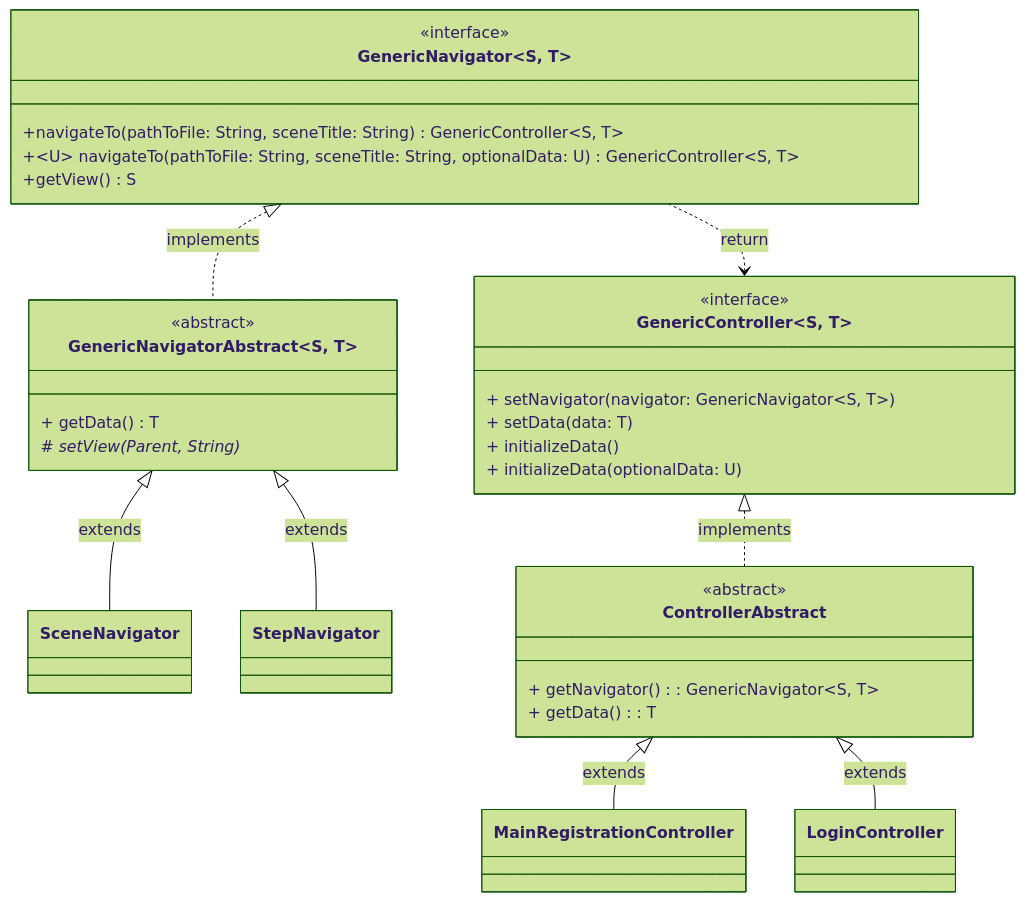
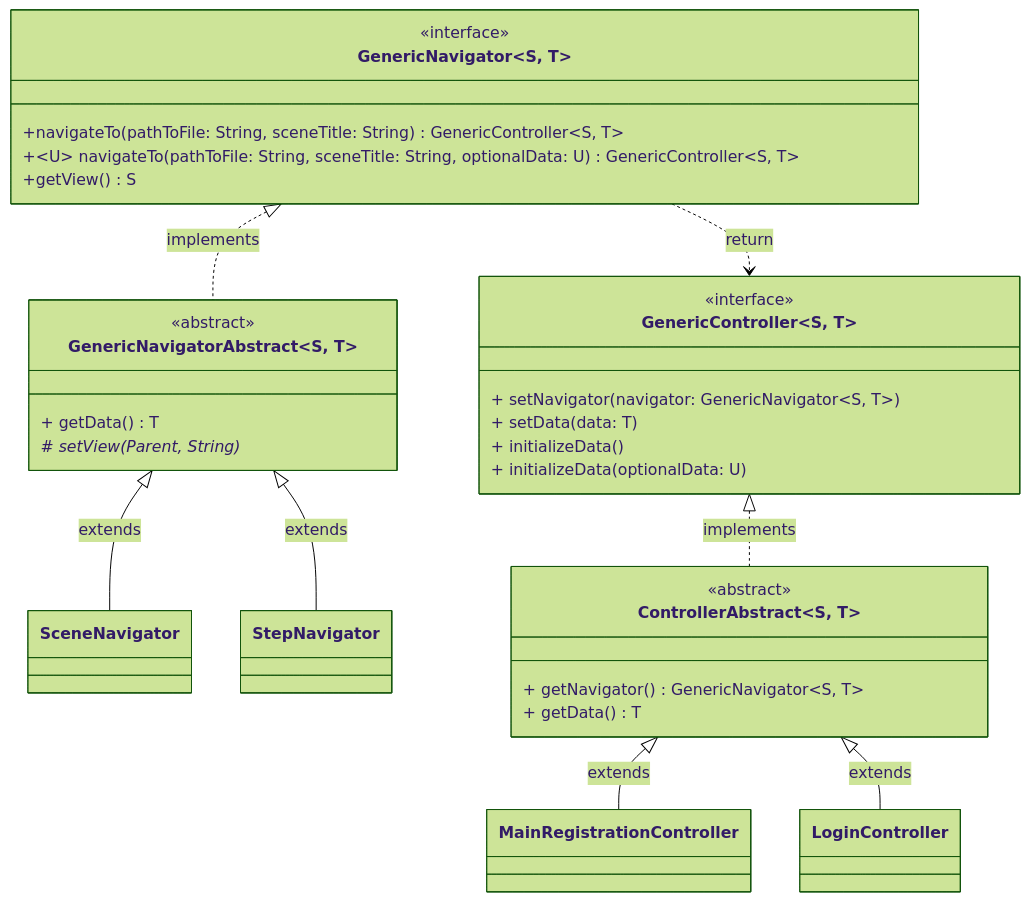
One commit to ZY-UNIVERSITA/Progetto-OOP changed diagram 15 of 16 in Report.md. Above: the diagram before and after it, drawn with Mermaid (forest theme). The commit also changed other lines of this file and 1 other file, not shown here.

````diff
--- a/Report.md
+++ b/Report.md
@@ -1008,49 +1008,49 @@
 ```mermaid
 
 classDiagram    
 
     class GenericNavigator~S, T~ {
         <<interface>>
         +navigateTo(pathToFile: String, sceneTitle: String) GenericController~S, T~ 
         +~U~ navigateTo(pathToFile: String, sceneTitle: String, optionalData: U) GenericController~S, T~ 
         +getView() S
     }
 
     class GenericNavigatorAbstract~S, T~  {
         <<abstract>>
         + getData() T
         # setView(Parent, String)*
     }
 
     class SceneNavigator {
     }
 
     class StepNavigator {
     }
 
     class GenericController~S, T~ {
         <<interface>>
         + setNavigator(navigator: GenericNavigator~S, T~)
         + setData(data: T)
         + initializeData()
         + initializeData(optionalData: U)
     }
 
-    class ControllerAbstract {
+    class ControllerAbstract~S, T~ {
         <<abstract>>
-        + getNavigator() : GenericNavigator~S, T~
-        + getData() : T
+        + getNavigator() GenericNavigator~S, T~
+        + getData() T
     }
 
     GenericNavigator <|.. GenericNavigatorAbstract : implements
     GenericController <|.. ControllerAbstract : implements
 
     GenericNavigatorAbstract <|-- SceneNavigator : extends
     GenericNavigatorAbstract <|-- StepNavigator : extends
 
     GenericNavigator ..> GenericController : return
 
     ControllerAbstract <|-- MainRegistrationController : extends
     ControllerAbstract <|-- LoginController : extends
 
 ```
````
